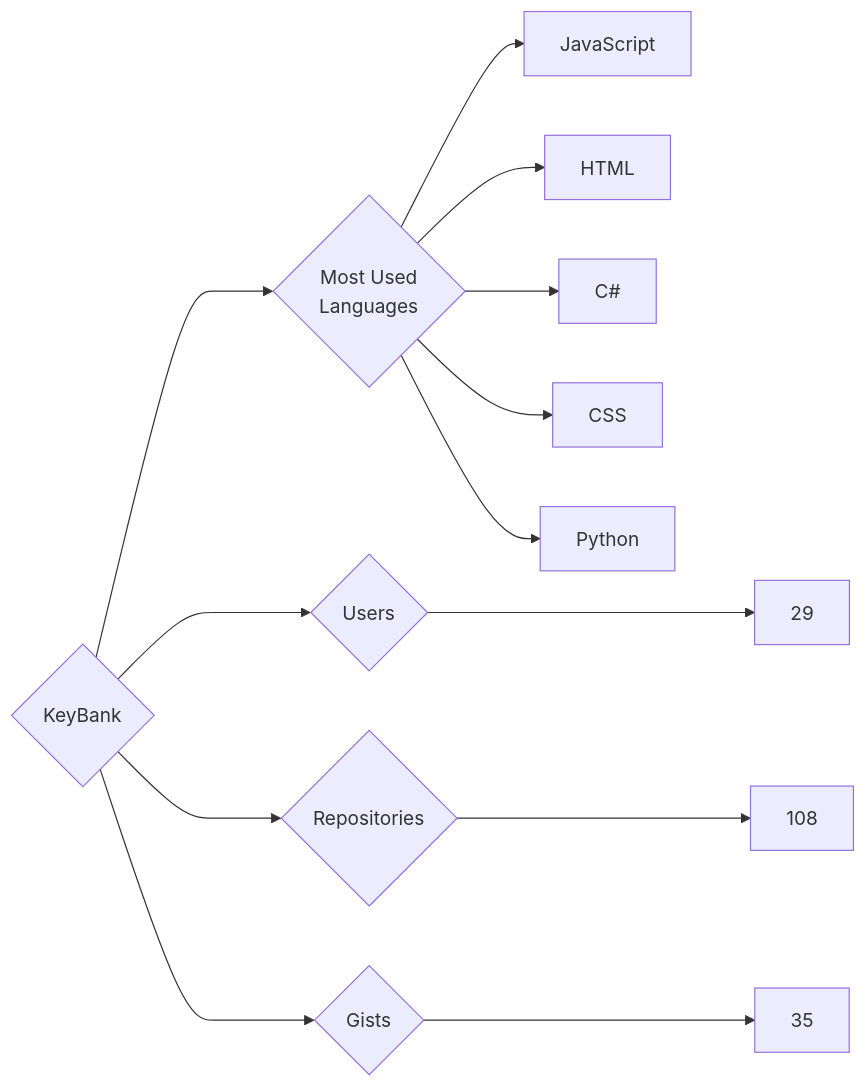
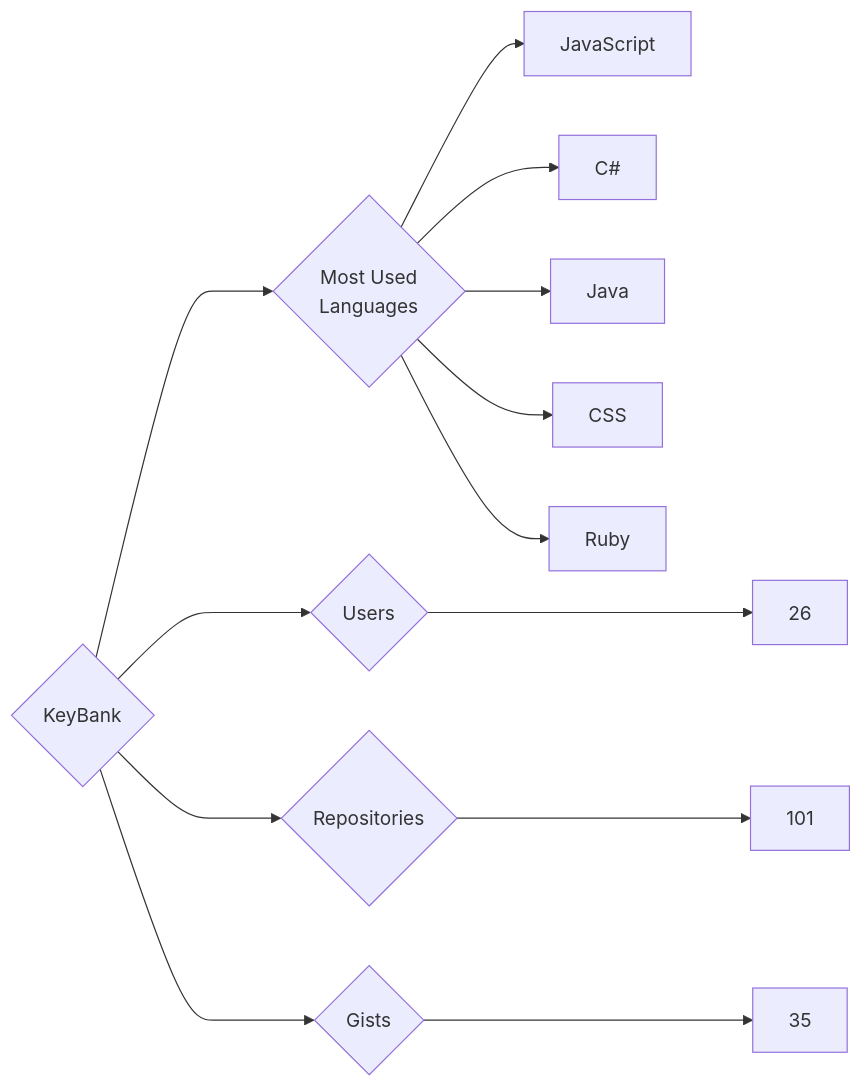
One commit to trickest/insiders changed the diagram in targets/KeyBank/README.md. Above: the diagram before and after it, drawn with Mermaid. The commit also changed 927 other files, not shown here.

````diff
--- a/targets/KeyBank/README.md
+++ b/targets/KeyBank/README.md
@@ -3,13 +3,13 @@
 ```mermaid
 graph LR
 COMPANY_NAME{KeyBank}
-COMPANY_NAME ---> U{Users} ---> UN[29]
-COMPANY_NAME ---> R{Repositories} ---> RN[108]
+COMPANY_NAME ---> U{Users} ---> UN[26]
+COMPANY_NAME ---> R{Repositories} ---> RN[101]
 COMPANY_NAME ---> G{Gists} ---> GN[35]
 COMPANY_NAME ---> ML{Most Used<br>Languages}
 ML --> JavaScript[JavaScript]
-ML --> HTML[HTML]
 ML --> C#[C#]
+ML --> Java[Java]
 ML --> CSS[CSS]
-ML --> Python[Python]
+ML --> Ruby[Ruby]
 ```
````
